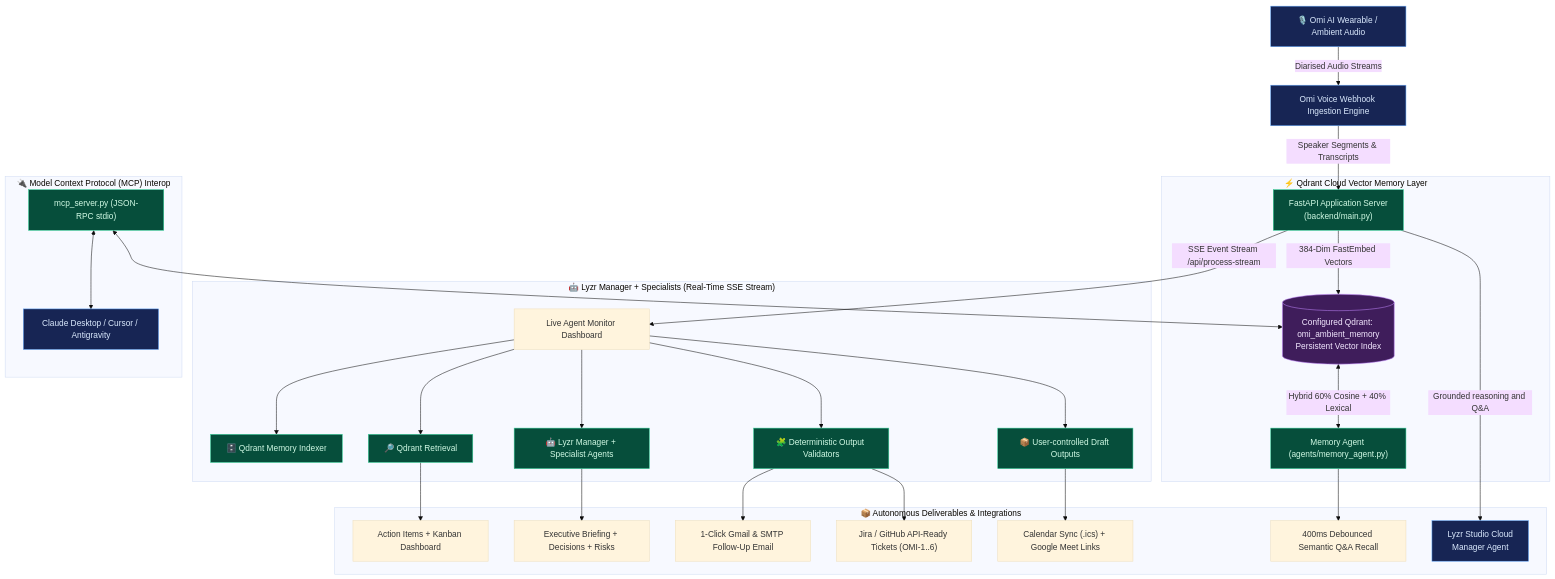
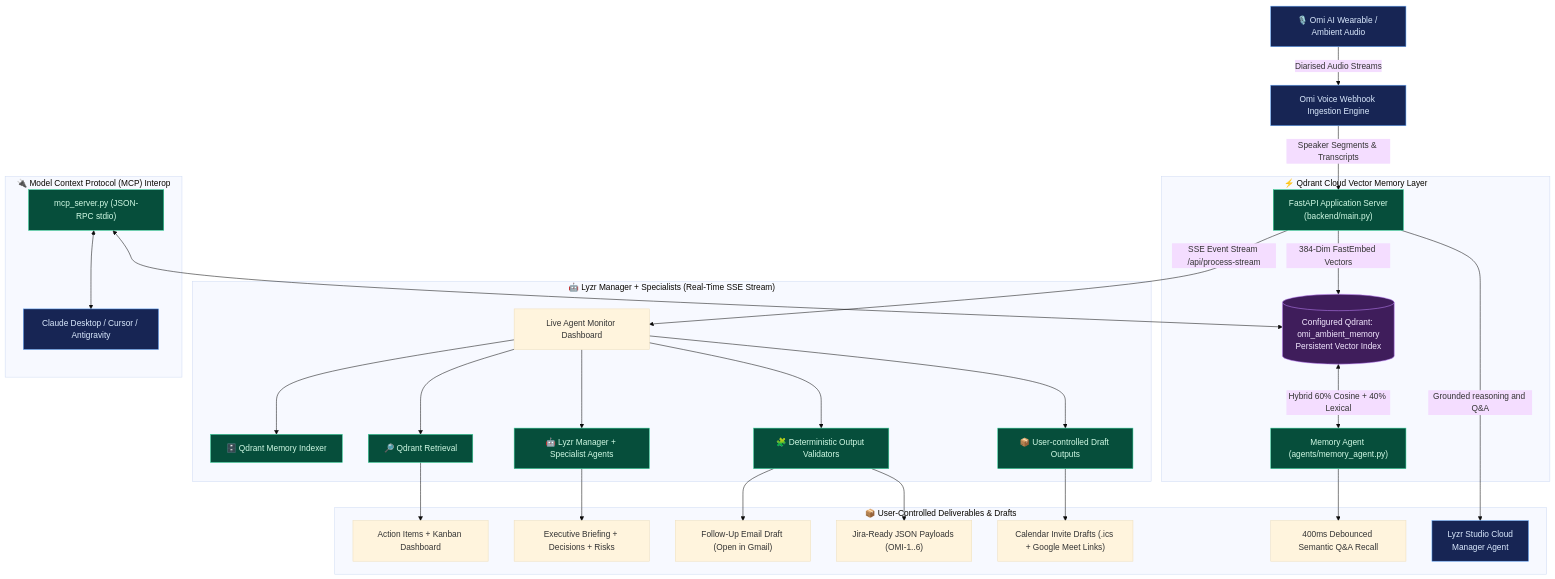
The diagram in docs/ARCHITECTURE.md (masood-mashu/omimind-agent), drawn with Mermaid (base theme) before and after one commit. The commit also changed 24 other files, not shown here.

````diff
--- a/docs/ARCHITECTURE.md
+++ b/docs/ARCHITECTURE.md
@@ -5,41 +5,41 @@
 ```mermaid
 flowchart TD
     User["🎙️ Omi AI Wearable / Ambient Audio"] -->|Diarised Audio Streams| Omi["Omi Voice Webhook Ingestion Engine"]
     Omi -->|Speaker Segments & Transcripts| API["FastAPI Application Server<br/>(backend/main.py)"]
 
     subgraph QDRANT ["⚡ Qdrant Cloud Vector Memory Layer"]
         API -->|384-Dim FastEmbed Vectors| Qdrant[("Configured Qdrant: omi_ambient_memory<br/>Persistent Vector Index")]
         Qdrant <-->|Hybrid 60% Cosine + 40% Lexical| MemAgent["Memory Agent (agents/memory_agent.py)"]
     end
 
     subgraph LYZR ["🤖 Lyzr Manager + Specialists (Real-Time SSE Stream)"]
         API -->|SSE Event Stream /api/process-stream| Stream["Live Agent Monitor Dashboard"]
         Stream --> A1["🗄️ Qdrant Memory Indexer"]
         Stream --> A2["🔎 Qdrant Retrieval"]
         Stream --> A3["🤖 Lyzr Manager + Specialist Agents"]
         Stream --> A4["🧩 Deterministic Output Validators"]
         Stream --> A5["📦 User-controlled Draft Outputs"]
     end
 
-    subgraph OUTPUTS ["📦 Autonomous Deliverables & Integrations"]
+    subgraph OUTPUTS ["📦 User-Controlled Deliverables & Drafts"]
         A2 --> Actions["Action Items + Kanban Dashboard"]
         A3 --> Dossier["Executive Briefing + Decisions + Risks"]
-        A4 --> Email["1-Click Gmail & SMTP Follow-Up Email"]
-        A4 --> Jira["Jira / GitHub API-Ready Tickets (OMI-1..6)"]
-        A5 --> Calendar["Calendar Sync (.ics) + Google Meet Links"]
+        A4 --> Email["Follow-Up Email Draft (Open in Gmail)"]
+        A4 --> Jira["Jira-Ready JSON Payloads (OMI-1..6)"]
+        A5 --> Calendar["Calendar Invite Drafts (.ics + Google Meet Links)"]
         MemAgent --> QnA["400ms Debounced Semantic Q&A Recall"]
     API -->|Grounded reasoning and Q&A| Studio["Lyzr Studio Cloud<br/>Manager Agent"]
     end
 
     subgraph MCP ["🔌 Model Context Protocol (MCP) Interop"]
         MCP_Server["mcp_server.py (JSON-RPC stdio)"] <--> Qdrant
         MCP_Server <--> ExternalAgents["Claude Desktop / Cursor / Antigravity"]
     end
 
     classDef external fill:#172554,stroke:#60a5fa,color:#dbeafe;
     classDef service fill:#064e3b,stroke:#34d399,color:#d1fae5;
     classDef store fill:#3f1d5b,stroke:#c084fc,color:#f3e8ff;
     class User,Omi,Studio,ExternalAgents external;
     class API,MemAgent,A1,A2,A3,A4,A5,MCP_Server service;
     class Qdrant store;
 ```
````
